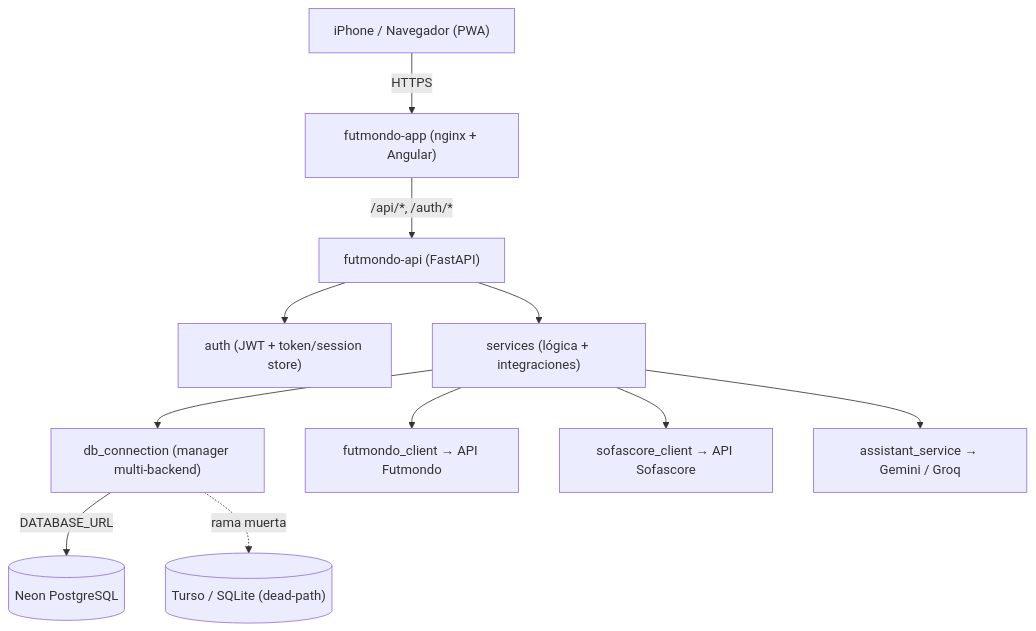
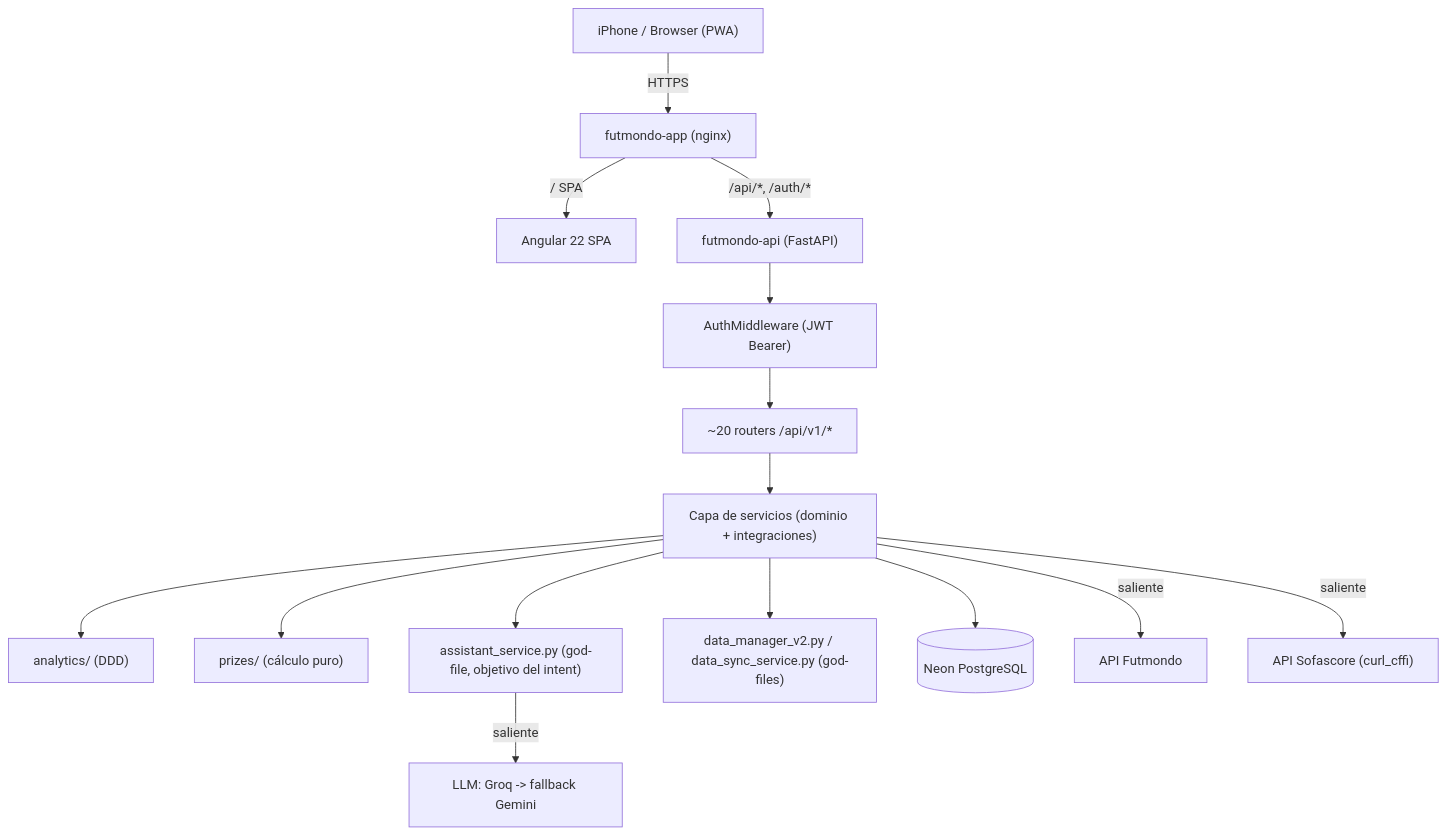
Before and after one commit to Mutinho/futmondo-analytics: the first of 3 diagrams in aidlc/spaces/default/codekb/futmondo-analytics/architecture.md, drawn with Mermaid. The commit also changed other lines of this file and 49 other files, not shown here.

First line of the commit message:
chore(aidlc): registrar intent 260929-assistant-god-file (Oleada 2) y actualizar codekb

````diff
--- a/aidlc/spaces/default/codekb/futmondo-analytics/architecture.md
+++ b/aidlc/spaces/default/codekb/futmondo-analytics/architecture.md
@@ -31,13 +30,17 @@
 ```mermaid
 graph TD
-  Browser["iPhone / Navegador (PWA)"] -->|HTTPS| FE["futmondo-app (nginx + Angular)"]
-  FE -->|/api/*, /auth/*| BE["futmondo-api (FastAPI)"]
-  BE --> Auth["auth (JWT + token/session store)"]
-  BE --> Svc["services (lógica + integraciones)"]
-  Svc --> DBC["db_connection (manager multi-backend)"]
-  DBC -->|DATABASE_URL| Neon[("Neon PostgreSQL")]
-  DBC -.rama muerta.-> Turso[("Turso / SQLite (dead-path)")]
-  Svc --> FM["futmondo_client → API Futmondo"]
-  Svc --> SS["sofascore_client → API Sofascore"]
-  Svc --> AI["assistant_service → Gemini / Groq"]
+  Browser["iPhone / Browser (PWA)"] -->|HTTPS| Nginx["futmondo-app (nginx)"]
+  Nginx -->|/ SPA| Angular["Angular 22 SPA"]
+  Nginx -->|/api/*, /auth/*| API["futmondo-api (FastAPI)"]
+  API --> Auth["AuthMiddleware (JWT Bearer)"]
+  Auth --> Routers["~20 routers /api/v1/*"]
+  Routers --> Services["Capa de servicios (dominio + integraciones)"]
+  Services --> Analytics["analytics/ (DDD)"]
+  Services --> Prizes["prizes/ (cálculo puro)"]
+  Services --> Assistant["assistant_service.py (god-file, objetivo del intent)"]
+  Services --> GodFiles["data_manager_v2.py / data_sync_service.py (god-files)"]
+  Services --> DB[("Neon PostgreSQL")]
+  Services -->|saliente| Futmondo["API Futmondo"]
+  Services -->|saliente| Sofascore["API Sofascore (curl_cffi)"]
+  Assistant -->|saliente| LLM["LLM: Groq -> fallback Gemini"]
 ```
````
